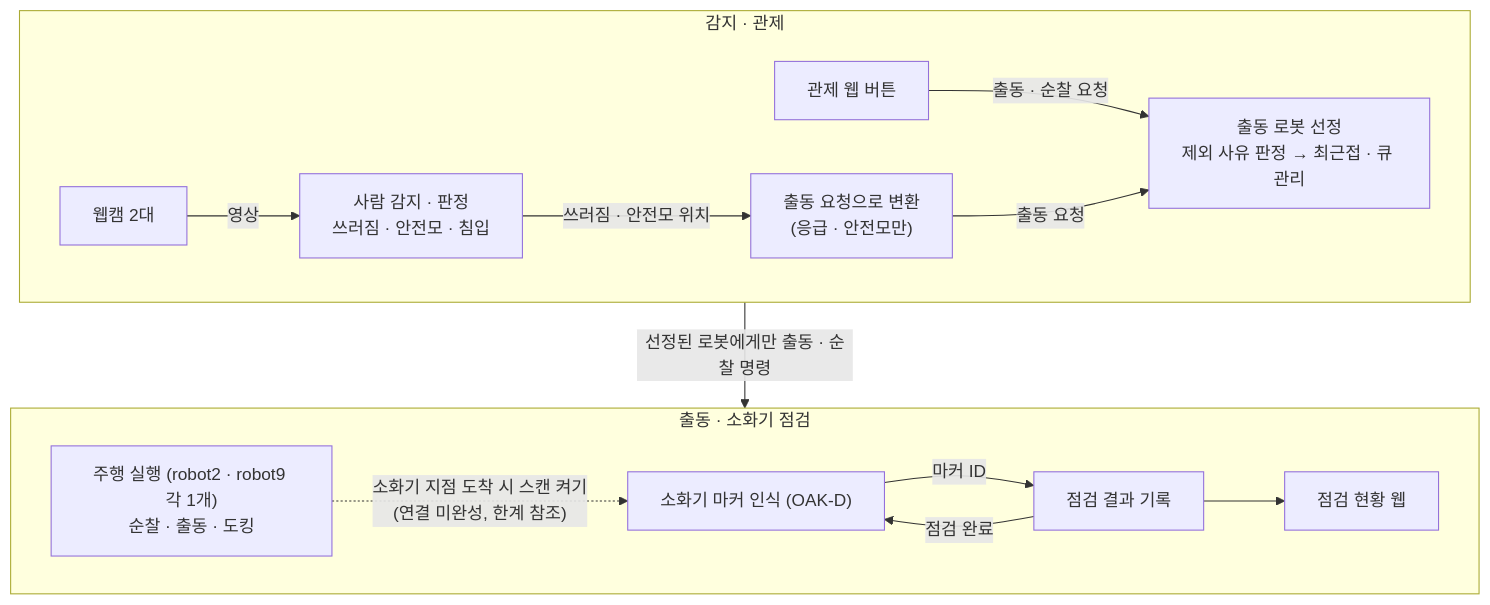
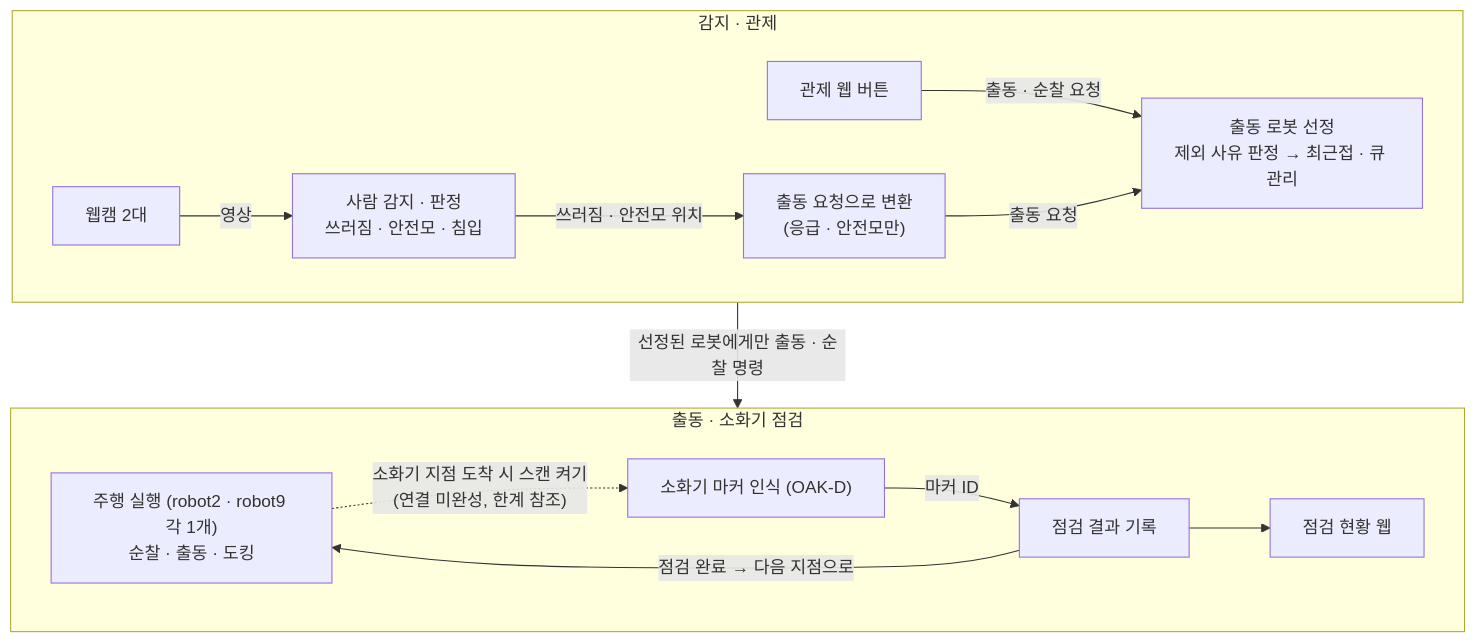
Before and after one commit to gwanhuiGIM/Rokey_intelli1: the first of 2 diagrams in README.md, drawn with Mermaid. The commit also changed other lines of this file, not shown here.

Commit message:
README: 교차검증 반영 — 구성도·표를 코드 연결에 맞게 정정

````diff
--- a/README.md
+++ b/README.md
@@ -17,18 +17,18 @@
 ```mermaid
 flowchart TB
     subgraph DETECT["감지 · 관제"]
         direction LR
         CAM["웹캠 2대"] -->|"영상"| VIS["사람 감지 · 판정<br/>쓰러짐 · 안전모 · 침입"]
         VIS -->|"쓰러짐 · 안전모 위치"| SAB["출동 요청으로 변환<br/>(응급 · 안전모만)"]
         WEB["관제 웹 버튼"] -->|"출동 · 순찰 요청"| FSM
         SAB -->|"출동 요청"| FSM["출동 로봇 선정<br/>제외 사유 판정 → 최근접 · 큐 관리"]
     end
     DETECT -->|"선정된 로봇에게만 출동 · 순찰 명령"| FIELD
     subgraph FIELD["출동 · 소화기 점검"]
         direction LR
         EXE["주행 실행 (robot2 · robot9 각 1개)<br/>순찰 · 출동 · 도킹"] -.->|"소화기 지점 도착 시 스캔 켜기<br/>(연결 미완성, 한계 참조)"| AR["소화기 마커 인식 (OAK-D)"]
         AR -->|"마커 ID"| DBU["점검 결과 기록"]
-        DBU -->|"점검 완료"| AR
+        DBU -->|"점검 완료 → 다음 지점으로"| EXE
         DBU --> FL["점검 현황 웹"]
     end
 ```
````
